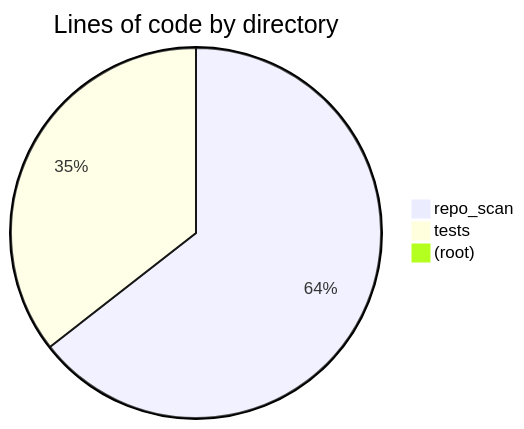
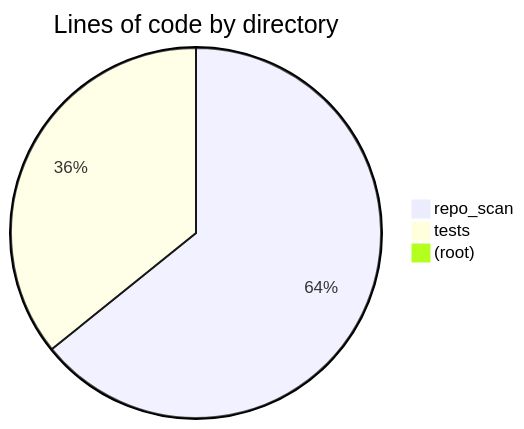
Before and after one commit to hhleroy97/repo-scan: the first of 2 diagrams in docs/reports/health.md, drawn with Mermaid. The commit also changed other lines of this file and 17 other files, not shown here.

````diff
--- a/docs/reports/health.md
+++ b/docs/reports/health.md
@@ -6,6 +6,6 @@
 ```mermaid
 pie title Lines of code by directory
-    "repo_scan" : 5969
-    "tests" : 3292
+    "repo_scan" : 6651
+    "tests" : 3708
     "(root)" : 16
 ```
````
